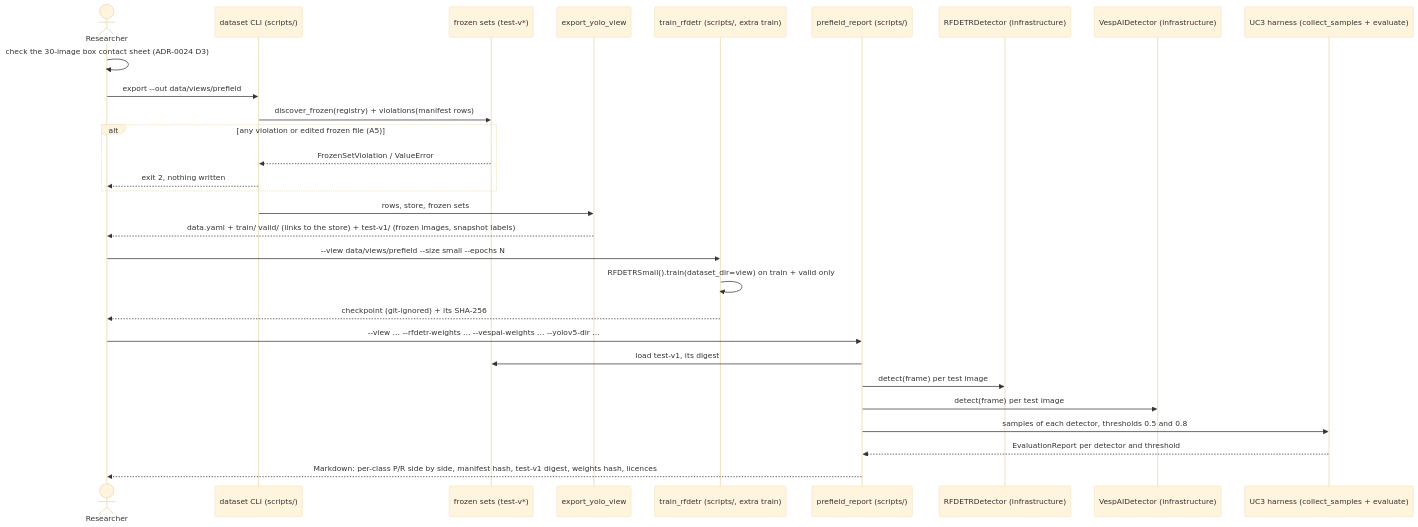
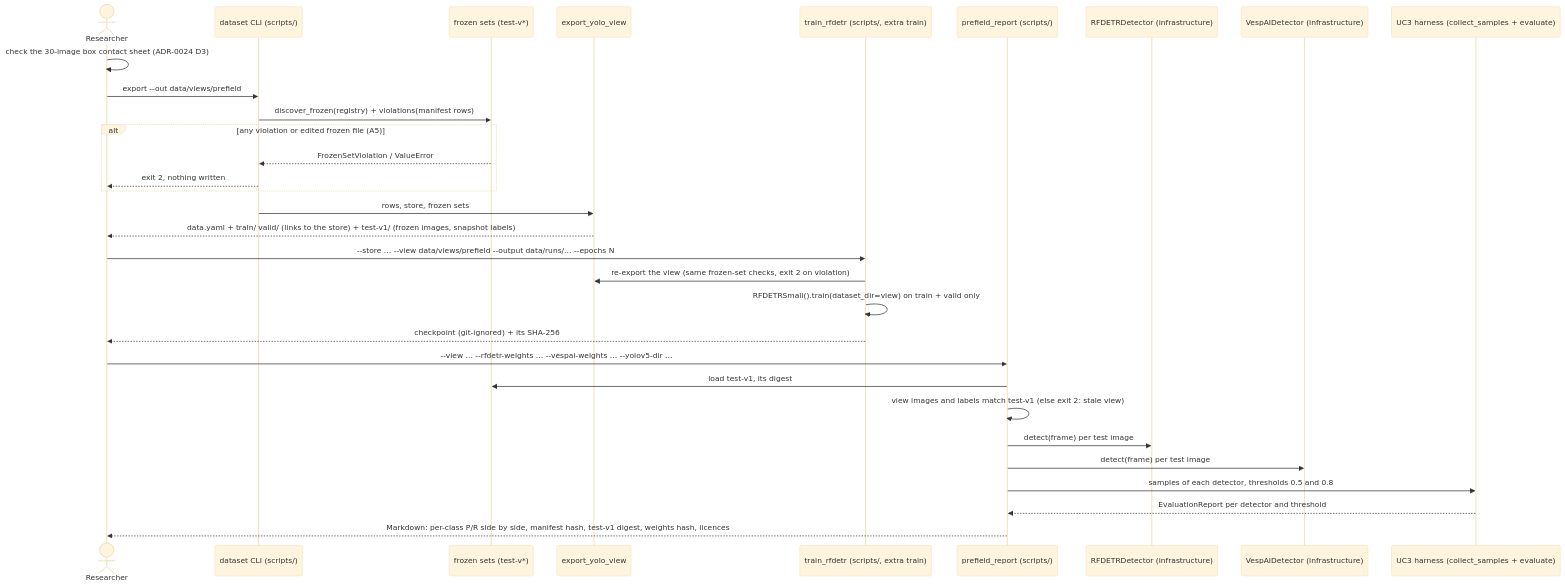
One commit to benoit-bremaud/aristech changed the diagram in docs/architecture/diagrams/annotation-pipeline/05-sequence-train-score.md. Above: the diagram before and after it, drawn with Mermaid (base theme). The commit also changed 11 other files, not shown here.

````diff
--- a/docs/architecture/diagrams/annotation-pipeline/05-sequence-train-score.md
+++ b/docs/architecture/diagrams/annotation-pipeline/05-sequence-train-score.md
@@ -6,32 +6,34 @@
 ```mermaid
 sequenceDiagram
     actor R as Researcher
     participant CLI as dataset CLI (scripts/)
     participant Frz as frozen sets (test-v*)
     participant Exp as export_yolo_view
     participant Tr as train_rfdetr (scripts/, extra train)
     participant Rep as prefield_report (scripts/)
     participant RF as RFDETRDetector (infrastructure)
     participant VA as VespAIDetector (infrastructure)
     participant H as UC3 harness (collect_samples + evaluate)
 
     R->>R: check the 30-image box contact sheet (ADR-0024 D3)
     R->>CLI: export --out data/views/prefield
     CLI->>Frz: discover_frozen(registry) + violations(manifest rows)
     alt any violation or edited frozen file (A5)
         Frz-->>CLI: FrozenSetViolation / ValueError
         CLI-->>R: exit 2, nothing written
     end
     CLI->>Exp: rows, store, frozen sets
     Exp-->>R: data.yaml + train/ valid/ (links to the store) + test-v1/ (frozen images, snapshot labels)
-    R->>Tr: --view data/views/prefield --size small --epochs N
+    R->>Tr: --store … --view data/views/prefield --output data/runs/… --epochs N
+    Tr->>Exp: re-export the view (same frozen-set checks, exit 2 on violation)
     Tr->>Tr: RFDETRSmall().train(dataset_dir=view) on train + valid only
     Tr-->>R: checkpoint (git-ignored) + its SHA-256
     R->>Rep: --view … --rfdetr-weights … --vespai-weights … --yolov5-dir …
     Rep->>Frz: load test-v1, its digest
+    Rep->>Rep: view images and labels match test-v1 (else exit 2: stale view)
     Rep->>RF: detect(frame) per test image
     Rep->>VA: detect(frame) per test image
     Rep->>H: samples of each detector, thresholds 0.5 and 0.8
     H-->>Rep: EvaluationReport per detector and threshold
     Rep-->>R: Markdown: per-class P/R side by side, manifest hash, test-v1 digest, weights hash, licences
 ```
````
